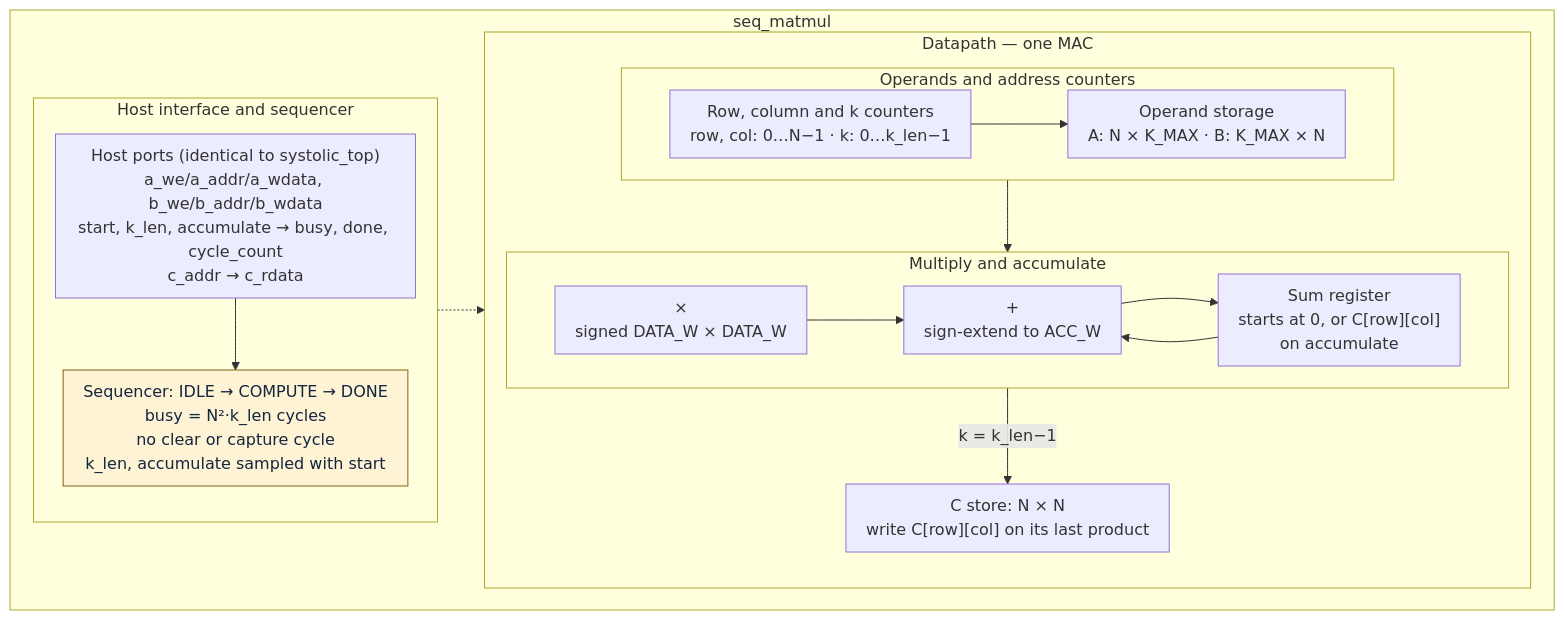
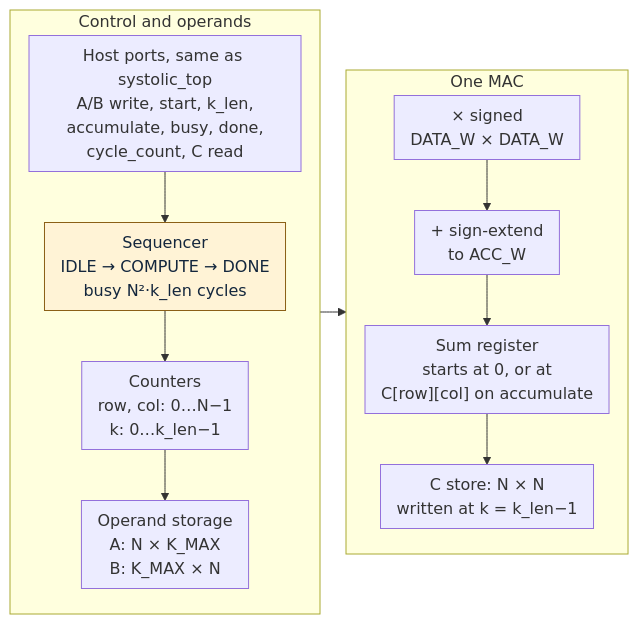
One commit to vks-g/systolic-matmul-accelerator changed the diagram in docs/architecture/src/seq_baseline.mmd. Above: the diagram before and after it, drawn with Mermaid. The commit also changed 5 other files, not shown here.

First line of the commit message:
docs(architecture): fix the tiling grid order and narrow the baseline

```diff
--- a/docs/architecture/src/seq_baseline.mmd
+++ b/docs/architecture/src/seq_baseline.mmd
@@ -1,44 +1,31 @@
 ---
 config:
   flowchart:
-    nodeSpacing: 24
-    rankSpacing: 22
-    padding: 10
-    wrappingWidth: 320
+    nodeSpacing: 18
+    rankSpacing: 26
+    padding: 8
+    wrappingWidth: 240
 ---
 flowchart LR
   accTitle: Sequential baseline block diagram — one MAC, same host interface as the accelerator
   accDescr: seq_matmul keeps the same ports, address map and host protocol as systolic_top. Operand storage holds A and B. Row, column and k counters address the storage. A single multiplier and adder form one MAC; the running sum restarts at zero, or at the stored C element on an accumulate run. Each finished element is written to the C store in the cycle of its last product. The sequencer is busy for N squared times k_len cycles.
 
-  subgraph top["seq_matmul"]
-    direction LR
-    subgraph control["Host interface and sequencer"]
-      direction TB
-      host["Host ports (identical to systolic_top)<br/>a_we/a_addr/a_wdata, b_we/b_addr/b_wdata<br/>start, k_len, accumulate → busy, done, cycle_count<br/>c_addr → c_rdata"]
-      seq["Sequencer: IDLE → COMPUTE → DONE<br/>busy = N²·k_len cycles<br/>no clear or capture cycle<br/>k_len, accumulate sampled with start"]
-      host --> seq
-    end
-    subgraph dp["Datapath — one MAC"]
-      direction TB
-      subgraph operands["Operands and address counters"]
-        direction LR
-        store["Operand storage<br/>A: N × K_MAX  ·  B: K_MAX × N"]
-        ctr["Row, column and k counters<br/>row, col: 0…N−1  ·  k: 0…k_len−1"]
-      end
-      subgraph mac["Multiply and accumulate"]
-        direction LR
-        mul["×<br/>signed DATA_W × DATA_W"]
-        add["+<br/>sign-extend to ACC_W"]
-        sum["Sum register<br/>starts at 0, or C[row][col]<br/>on accumulate"]
-        mul --> add --> sum
-        sum --> add
-      end
-      cstore["C store: N × N<br/>write C[row][col] on its last product"]
-      store --> mul
-      ctr --> store
-      sum -->|"k = k_len−1"| cstore
-    end
-    seq -.-> dp
+  subgraph ctl["Control and operands"]
+    direction TB
+    host["Host ports, same as systolic_top<br/>A/B write, start, k_len,<br/>accumulate, busy, done,<br/>cycle_count, C read"]
+    seq["Sequencer<br/>IDLE → COMPUTE → DONE<br/>busy N²·k_len cycles"]
+    ctr["Counters<br/>row, col: 0…N−1<br/>k: 0…k_len−1"]
+    store["Operand storage<br/>A: N × K_MAX<br/>B: K_MAX × N"]
+    host --> seq --> ctr --> store
   end
+  subgraph mac["One MAC"]
+    direction TB
+    mul["× signed<br/>DATA_W × DATA_W"]
+    add["+ sign-extend<br/>to ACC_W"]
+    sum["Sum register<br/>starts at 0, or at<br/>C[row][col] on accumulate"]
+    cstore["C store: N × N<br/>written at k = k_len−1"]
+    mul --> add --> sum --> cstore
+  end
+  ctl --> mac
   classDef control fill:#fff3d6,stroke:#8b6016,color:#13263d
   class seq control
```
